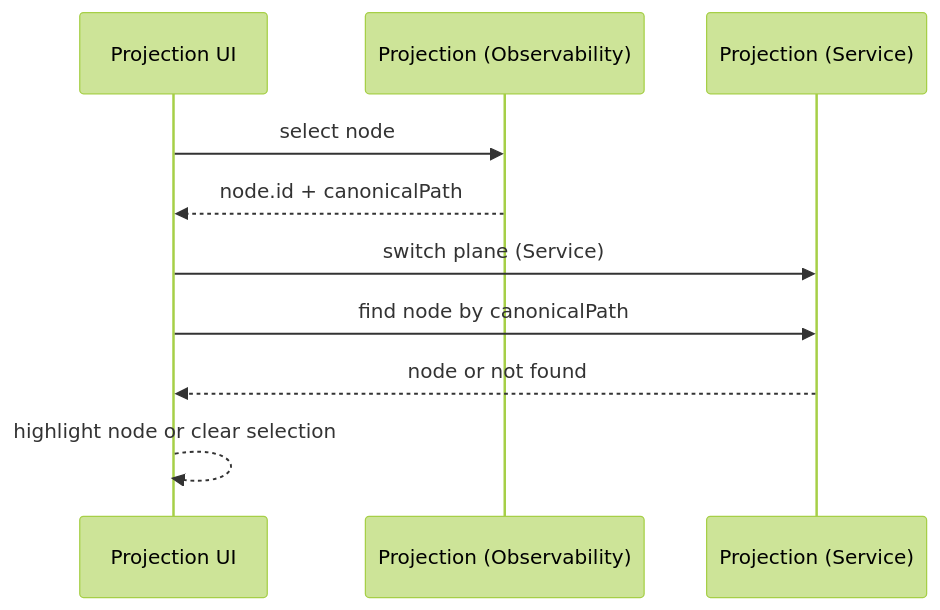
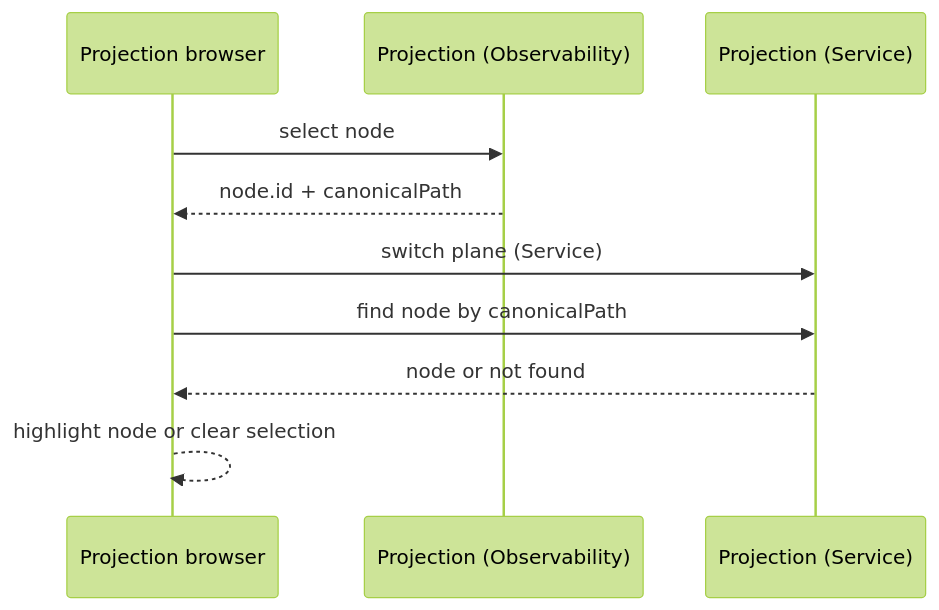
One commit to Project-Helianthus/helianthus-docs-ebus changed the second of 6 diagrams in architecture/overview.md. Above: the diagram before and after it, drawn with Mermaid (forest theme). The commit also changed other lines of this file and 4 other files, not shown here.

````diff
--- a/architecture/overview.md
+++ b/architecture/overview.md
@@ -200,12 +200,12 @@
 ```mermaid
 sequenceDiagram
-  participant UI as Projection UI
+  participant UI as Projection browser
   participant P1 as Projection (Observability)
   participant P2 as Projection (Service)
   UI->>P1: select node
   P1-->>UI: node.id + canonicalPath
   UI->>P2: switch plane (Service)
   UI->>P2: find node by canonicalPath
   P2-->>UI: node or not found
   UI-->>UI: highlight node or clear selection
 ```
````
